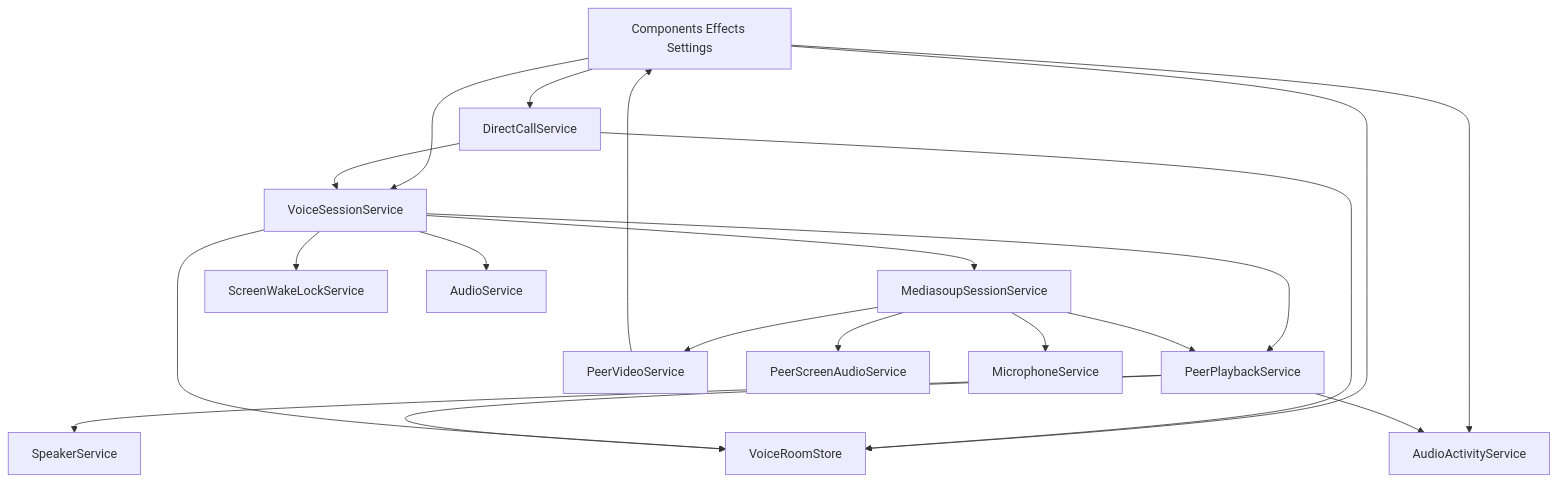
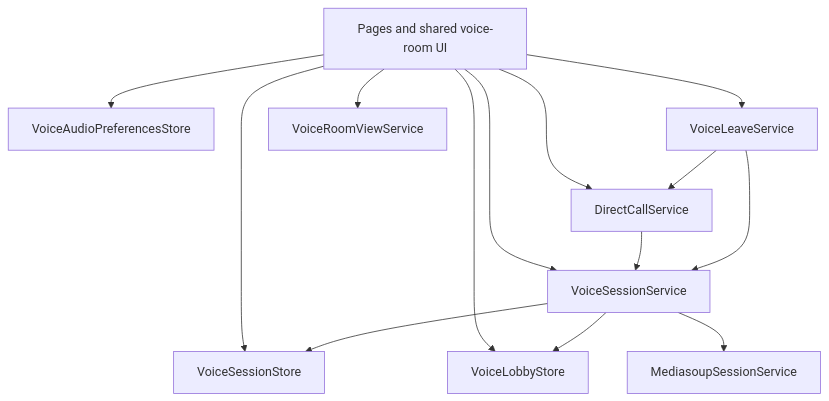
One commit to Quenary/konvoez changed the diagram in docs/frontend/VOICE.md. Above: the diagram before and after it, drawn with Mermaid. The commit also changed other lines of this file and 3 other files, not shown here.

````diff
--- a/docs/frontend/VOICE.md
+++ b/docs/frontend/VOICE.md
@@ -9,36 +9,26 @@
 ```mermaid
 flowchart TB
-  UI[Components Effects Settings]
-  Store[VoiceRoomStore]
+  UI[Pages and shared voice-room UI]
+  VSS[VoiceSessionStore]
+  VLS[VoiceLobbyStore]
+  VAP[VoiceAudioPreferencesStore]
   Session[VoiceSessionService]
   Ms[MediasoupSessionService]
-  Play[PeerPlaybackService]
-  Video[PeerVideoService]
-  ScrAud[PeerScreenAudioService]
-  Wake[ScreenWakeLockService]
   DC[DirectCallService]
-  Mic[MicrophoneService]
-  Spk[SpeakerService]
-  Act[AudioActivityService]
-  Sfx[AudioService]
+  Leave[VoiceLeaveService]
+  View[VoiceRoomViewService]
 
-  UI --> Store
+  UI --> VSS
+  UI --> VLS
+  UI --> VAP
   UI --> Session
   UI --> DC
-  UI --> Act
+  UI --> Leave
+  UI --> View
   DC --> Session
-  DC --> Store
-  Session --> Store
+  Session --> VSS
+  Session --> VLS
   Session --> Ms
-  Session --> Play
-  Session --> Wake
-  Session --> Sfx
-  Ms --> Mic
-  Ms --> Play
-  Ms --> Video
-  Ms --> ScrAud
-  Play --> Spk
-  Play --> Act
-  Play --> Store
-  Video --> UI
+  Leave --> DC
+  Leave --> Session
 ```
````
